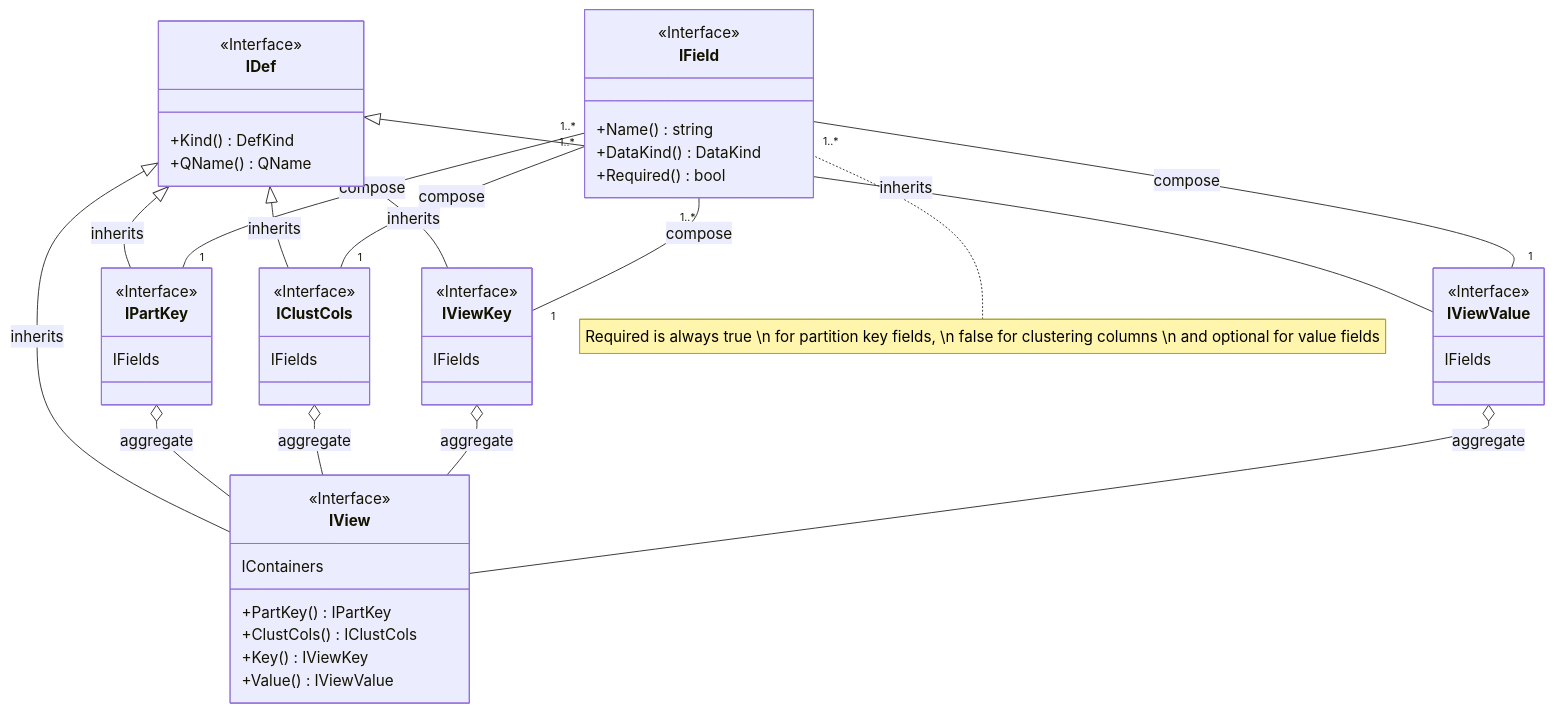
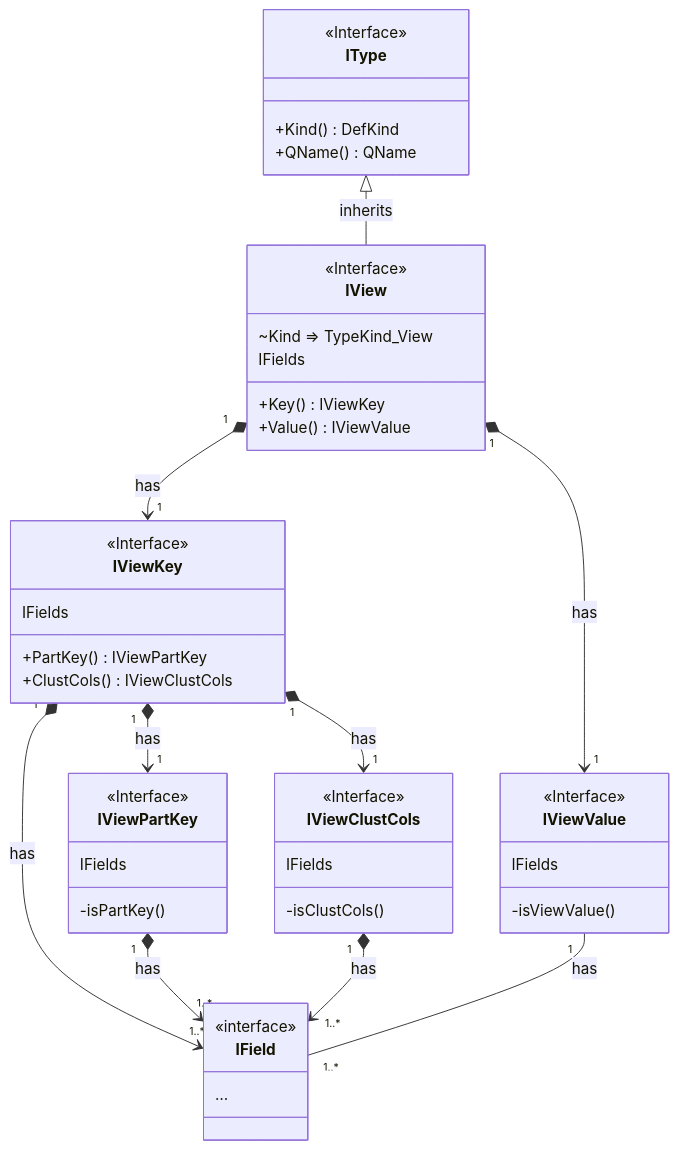
The sixth of 7 diagrams in pkg/appdef/README.md (voedger/voedger), drawn with Mermaid before and after one commit. The commit also changed other lines of this file and 27 other files, not shown here.

````diff
--- a/pkg/appdef/README.md
+++ b/pkg/appdef/README.md
@@ -729,60 +729,55 @@
 ```mermaid
 classDiagram
-  direction BT
-
-  class IDef{
+  class IType{
     <<Interface>>
     +Kind() DefKind
     +QName() QName
   }
 
-  class IField {
-    <<Interface>>
-    +Name() string
-    +DataKind() DataKind
-    +Required() bool
-  }
-  note for IField "Required is always true \n for partition key fields, \n false for clustering columns \n and optional for value fields"
-
-  IView --|> IDef : inherits
+  IType <|-- IView : inherits
   class IView {
     <<Interface>>
-    IContainers
-    +PartKey() IPartKey
-    +ClustCols() IClustCols
+    ~Kind => TypeKind_View
+    IFields
     +Key() IViewKey
     +Value() IViewValue
   }
-  IView --o IPartKey : aggregate
-  IView --o IClustCols : aggregate
-  IView --o IViewKey : aggregate
-  IView --o IViewValue : aggregate
+  IView "1" *--> "1" IViewKey : has
+  IView "1" *--> "1" IViewValue : has
 
-  IPartKey --|> IDef : inherits
-  class IPartKey {
-    <<Interface>>
-    IFields
-  }
-  IPartKey "1" -- "1..*" IField : compose
-
-  IClustCols --|> IDef : inherits
-  class IClustCols {
-    <<Interface>>
-    IFields
-  }
-  IClustCols "1" -- "1..*" IField : compose
-
-  IViewKey --|> IDef : inherits
   class IViewKey {
     <<Interface>>
     IFields
+    +PartKey() IViewPartKey
+    +ClustCols() IViewClustCols
   }
-  IViewKey "1" -- "1..*" IField : compose
+  IViewKey "1" *--> "1..*" IField : has
+  IViewKey "1" *--> "1" IViewPartKey : has
+  IViewKey "1" *--> "1" IViewClustCols : has
 
-  IViewValue --|> IDef : inherits
+  class IViewPartKey {
+    <<Interface>>
+    IFields
+    -isPartKey()
+  }
+  IViewPartKey "1" *--> "1..*" IField : has
+
+  class IViewClustCols {
+    <<Interface>>
+    IFields
+    -isClustCols()
+  }
+  IViewClustCols "1" *--> "1..*" IField : has
+
   class IViewValue {
     <<Interface>>
     IFields
+    -isViewValue()
   }
-  IViewValue "1" -- "1..*" IField : compose
+  IViewValue "1" -- "1..*" IField : has
+
+  class IField {
+    <<interface>>
+    …
+  }
 ```
````
